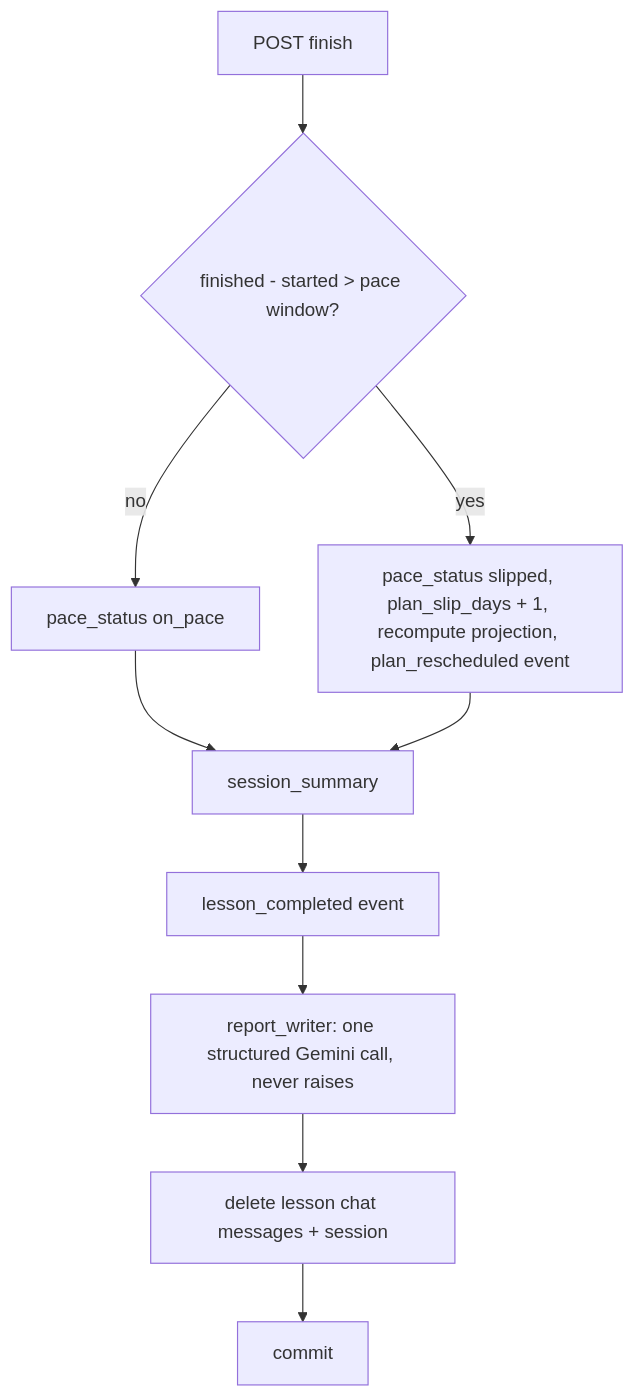
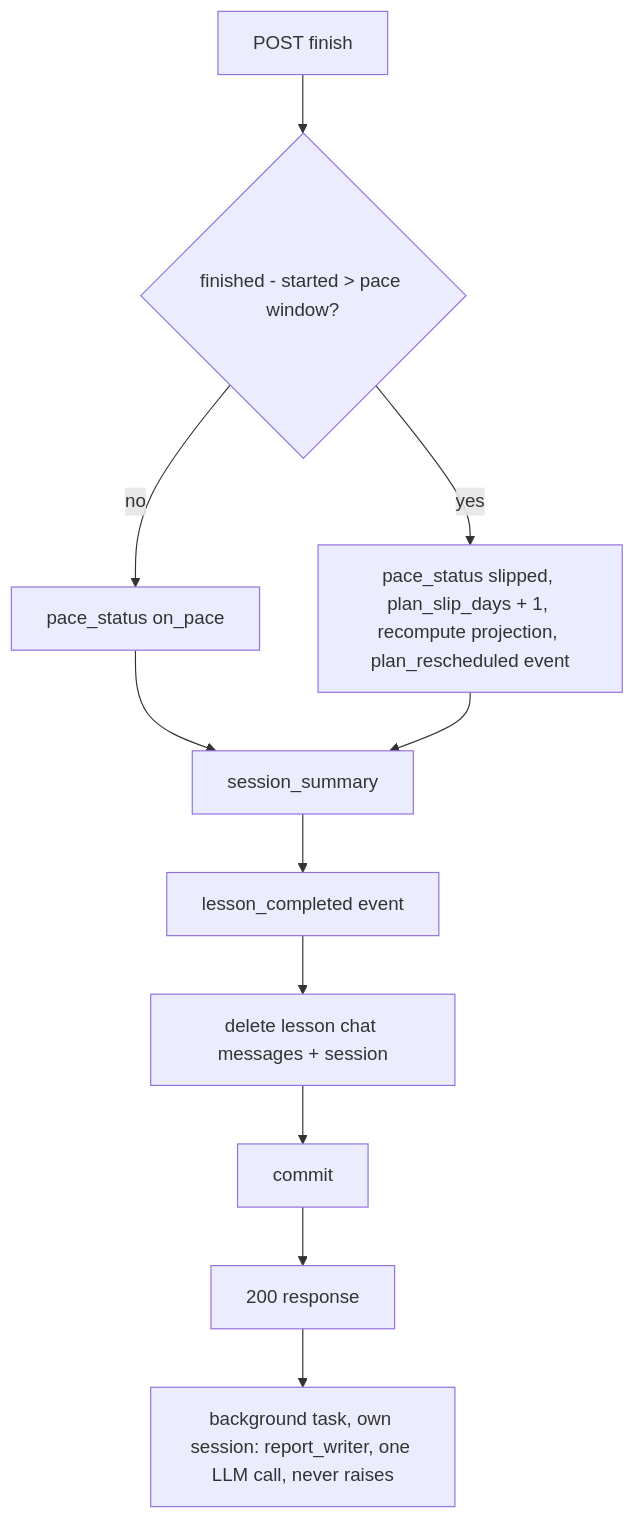
One commit to paulpolz/lingua-coach changed the fourth of 4 diagrams in docs/tech_requirements/backend.md. Above: the diagram before and after it, drawn with Mermaid. The commit also changed other lines of this file and 48 other files, not shown here.

````diff
--- a/docs/tech_requirements/backend.md
+++ b/docs/tech_requirements/backend.md
@@ -153,12 +153,13 @@
 ```mermaid
 flowchart TD
   f[POST finish] --> pace{finished - started > pace window?}
   pace -- no --> on[pace_status on_pace]
   pace -- yes --> slip[pace_status slipped, plan_slip_days + 1, recompute projection, plan_rescheduled event]
   on --> sum[session_summary]
   slip --> sum
   sum --> ev[lesson_completed event]
-  ev --> rep[report_writer: one structured Gemini call, never raises]
-  rep --> del[delete lesson chat messages + session]
+  ev --> del[delete lesson chat messages + session]
   del --> commit[commit]
+  commit --> resp[200 response]
+  resp --> bg[background task, own session: report_writer, one LLM call, never raises]
 ```
````
